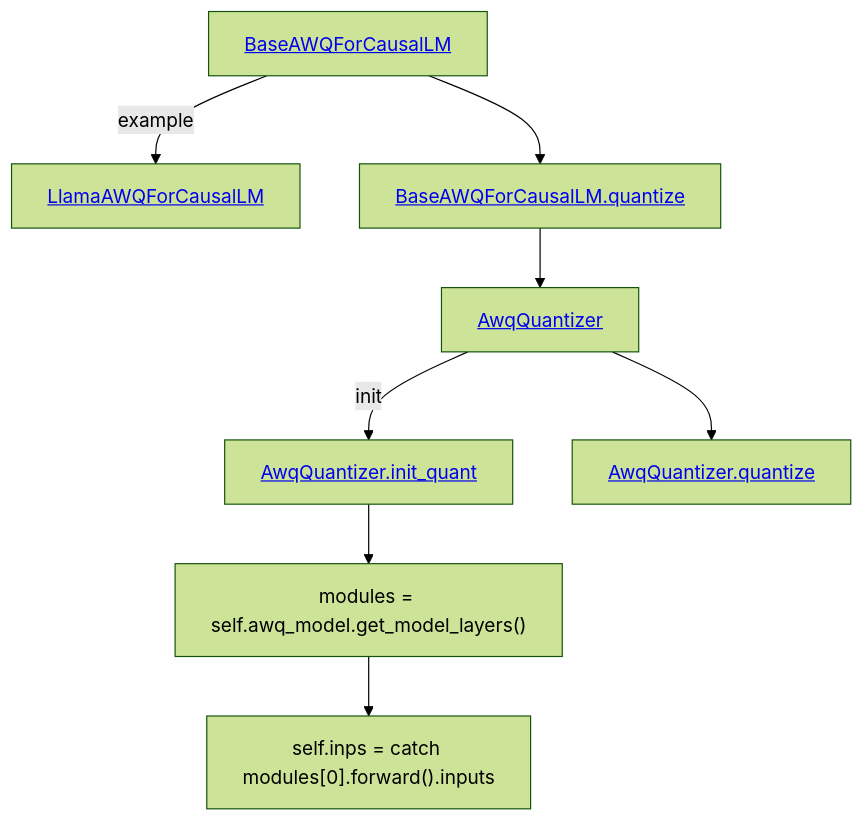
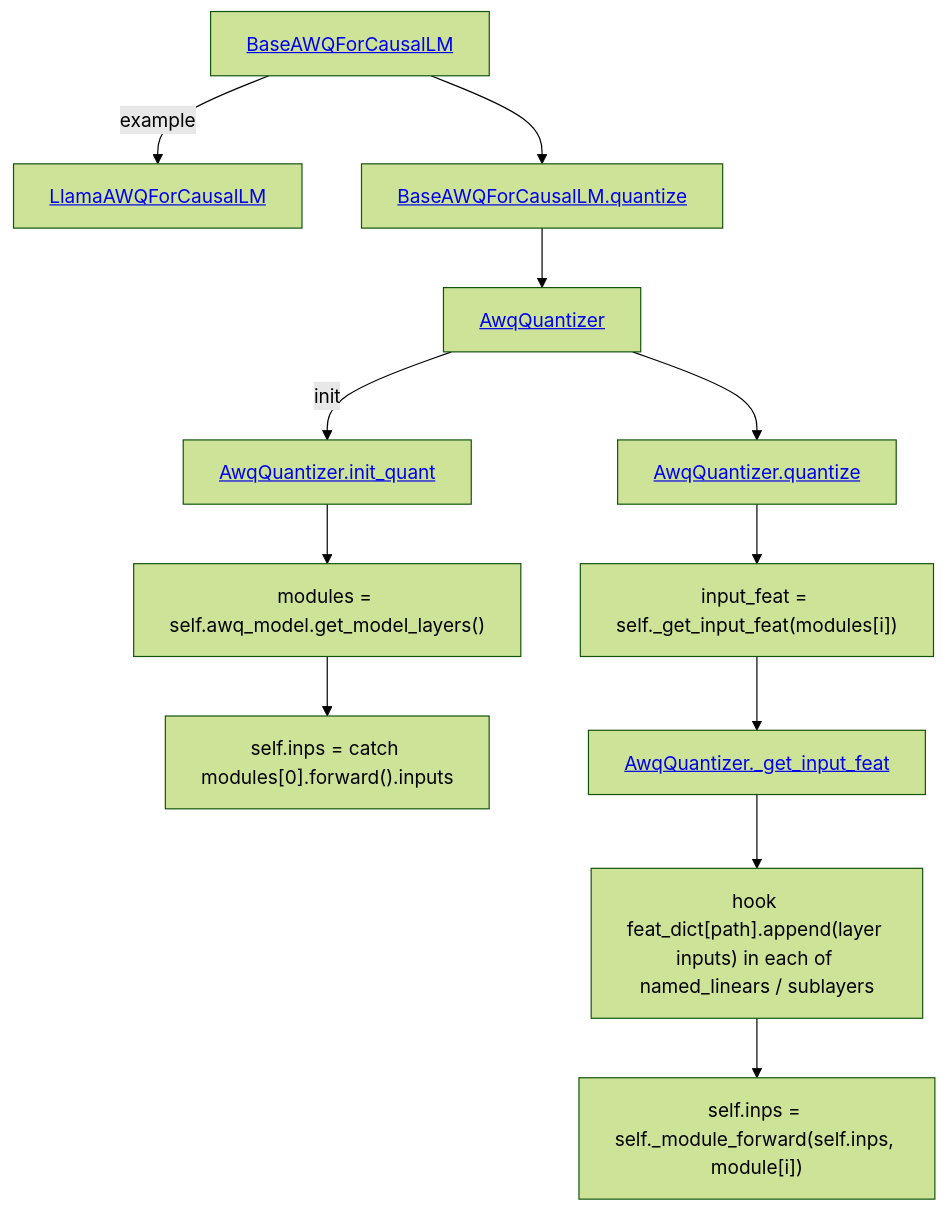
One commit to w32zhong/AutoAWQ changed the diagram in README.md. Above: the diagram before and after it, drawn with Mermaid (forest theme).

````diff
--- a/README.md
+++ b/README.md
@@ -2,17 +2,22 @@
 ```mermaid
 graph TD;
     BaseAWQForCausalLM[<a href="https://github.com/w32zhong/AutoAWQ/blob/1c5787f5c44acc2753c0e30e4b59412343cb4a71/awq/models/base.py#L89">BaseAWQForCausalLM</a>]
     LlamaAWQForCausalLM[<a href="https://github.com/w32zhong/AutoAWQ/blob/1c5787f5c44acc2753c0e30e4b59412343cb4a71/awq/models/llama.py#L14">LlamaAWQForCausalLM</a>]
     BaseAWQForCausalLM -->|example| LlamaAWQForCausalLM
     BaseAWQForCausalLM_quantize[<a href="https://github.com/w32zhong/AutoAWQ/blob/1c5787f5c44acc2753c0e30e4b59412343cb4a71/awq/models/base.py#L129">BaseAWQForCausalLM.quantize</a>]
     BaseAWQForCausalLM --> BaseAWQForCausalLM_quantize --> AwqQuantizer
     AwqQuantizer[<a href="https://github.com/w32zhong/AutoAWQ/blob/1c5787f5c44acc2753c0e30e4b59412343cb4a71/awq/quantize/quantizer.py#L27">AwqQuantizer</a>]
     AwqQuantizer -->|init| AwqQuantizer.init_quant
     AwqQuantizer.init_quant[<a href="https://github.com/w32zhong/AutoAWQ/blob/1c5787f5c44acc2753c0e30e4b59412343cb4a71/awq/quantize/quantizer.py#L544">AwqQuantizer.init_quant</a>]
     AwqQuantizer.init_quant --> get_model_layers__call --> first_inp
     get_model_layers__call["modules = self.awq_model.get_model_layers()"]
     first_inp["self.inps = catch modules[0].forward().inputs"]
 
     AwqQuantizer --> AwqQuantizer.quantize
     AwqQuantizer.quantize[<a href="https://github.com/w32zhong/AutoAWQ/blob/1c5787f5c44acc2753c0e30e4b59412343cb4a71/awq/quantize/quantizer.py#L126">AwqQuantizer.quantize</a>]
+    AwqQuantizer.quantize --> _get_input_feat__call --> _get_input_feat --> hook_sublayers --> _module_forward 
+    _get_input_feat__call["input_feat = self._get_input_feat(modules[i])"]
+    _get_input_feat[<a href="https://github.com/w32zhong/AutoAWQ/blob/1c5787f5c44acc2753c0e30e4b59412343cb4a71/awq/quantize/quantizer.py#L609">AwqQuantizer._get_input_feat</a>]
+    hook_sublayers["hook feat_dict[path].append(layer inputs) in each of named_linears / sublayers"]
+    _module_forward["self.inps = self._module_forward(self.inps, module[i])"]
 ```
````
